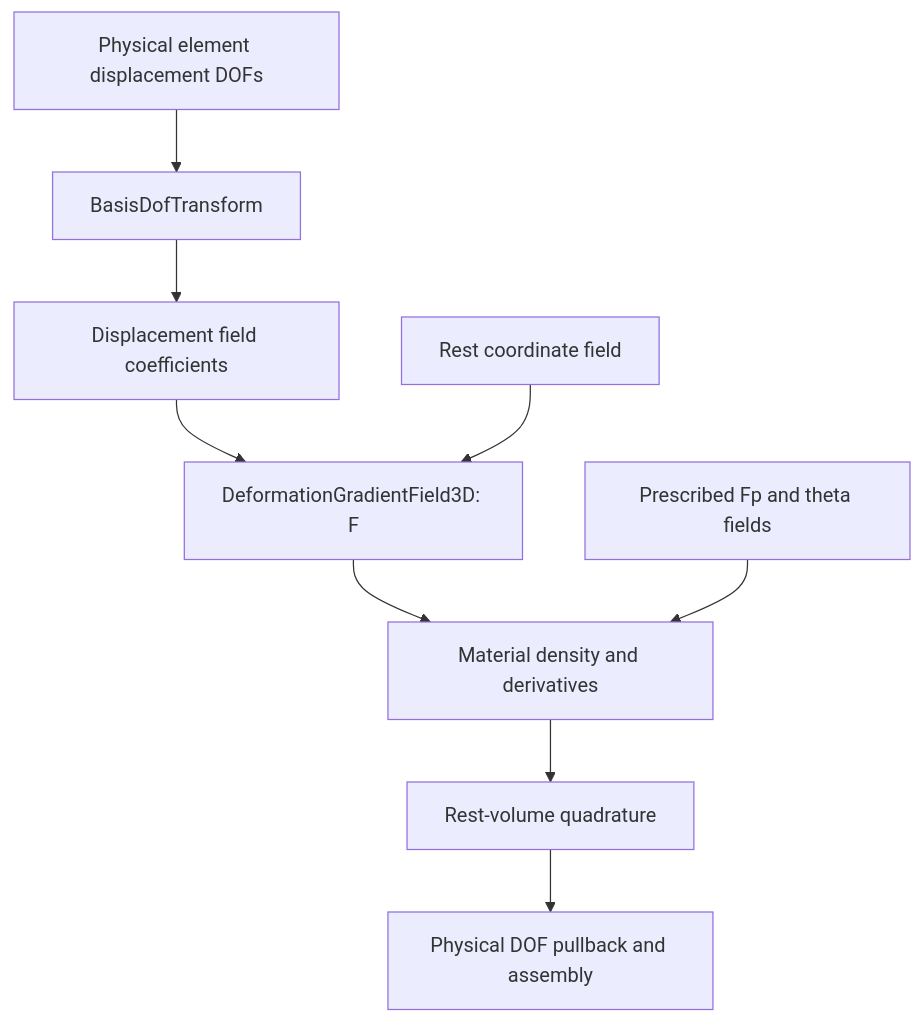
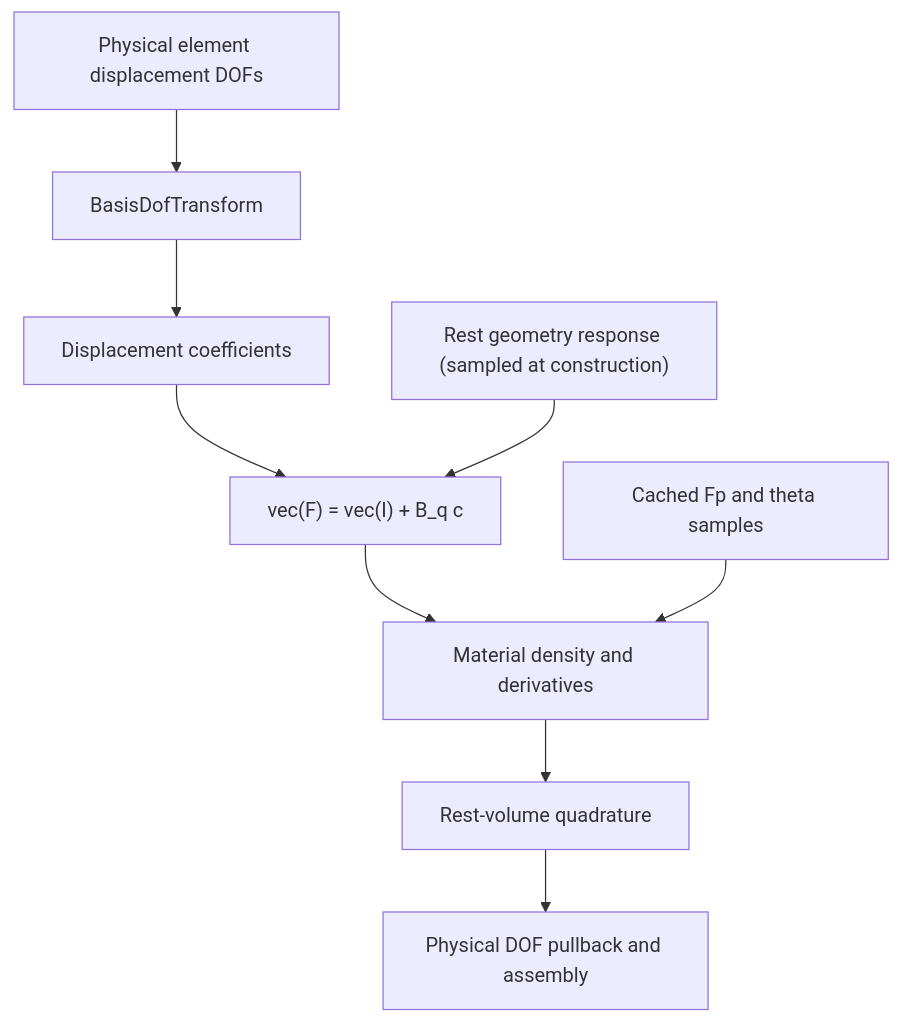
One commit to annajcy/litepgo changed the diagram in docs/guide/fem/volume.md. Above: the diagram before and after it, drawn with Mermaid. The commit also changed other lines of this file and 23 other files, not shown here.

````diff
--- a/docs/guide/fem/volume.md
+++ b/docs/guide/fem/volume.md
@@ -13,13 +13,13 @@
 ```mermaid
 flowchart TB
   accTitle: Volumetric energy and derivative pipeline
   accDescr: Physical displacement DOFs become reference coefficients and a displacement field. Rest geometry converts its derivative to F. Material evaluation uses F, prescribed Fp and theta; quadrature and pullbacks return physical local derivatives for assembly.
   dofs["Physical element displacement DOFs"] --> transform["BasisDofTransform"]
-  transform --> field["Displacement field coefficients"]
-  field --> F["DeformationGradientField3D: F"]
-  geometry["Rest coordinate field"] --> F
+  transform --> field["Displacement coefficients"]
+  field --> F["vec(F) = vec(I) + B_q c"]
+  geometry["Rest geometry response (sampled at construction)"] --> F
   F --> material["Material density and derivatives"]
-  fixed["Prescribed Fp and theta fields"] --> material
+  fixed["Cached Fp and theta samples"] --> material
   material --> integrate["Rest-volume quadrature"]
   integrate --> pullback["Physical DOF pullback and assembly"]
 ```
````
